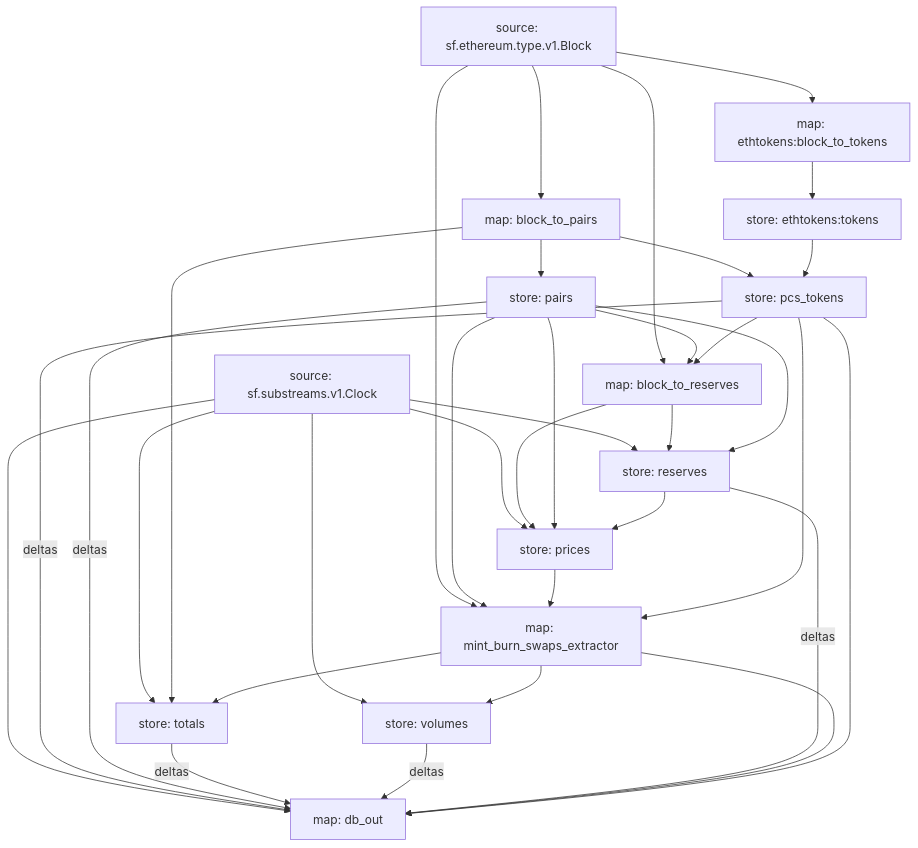
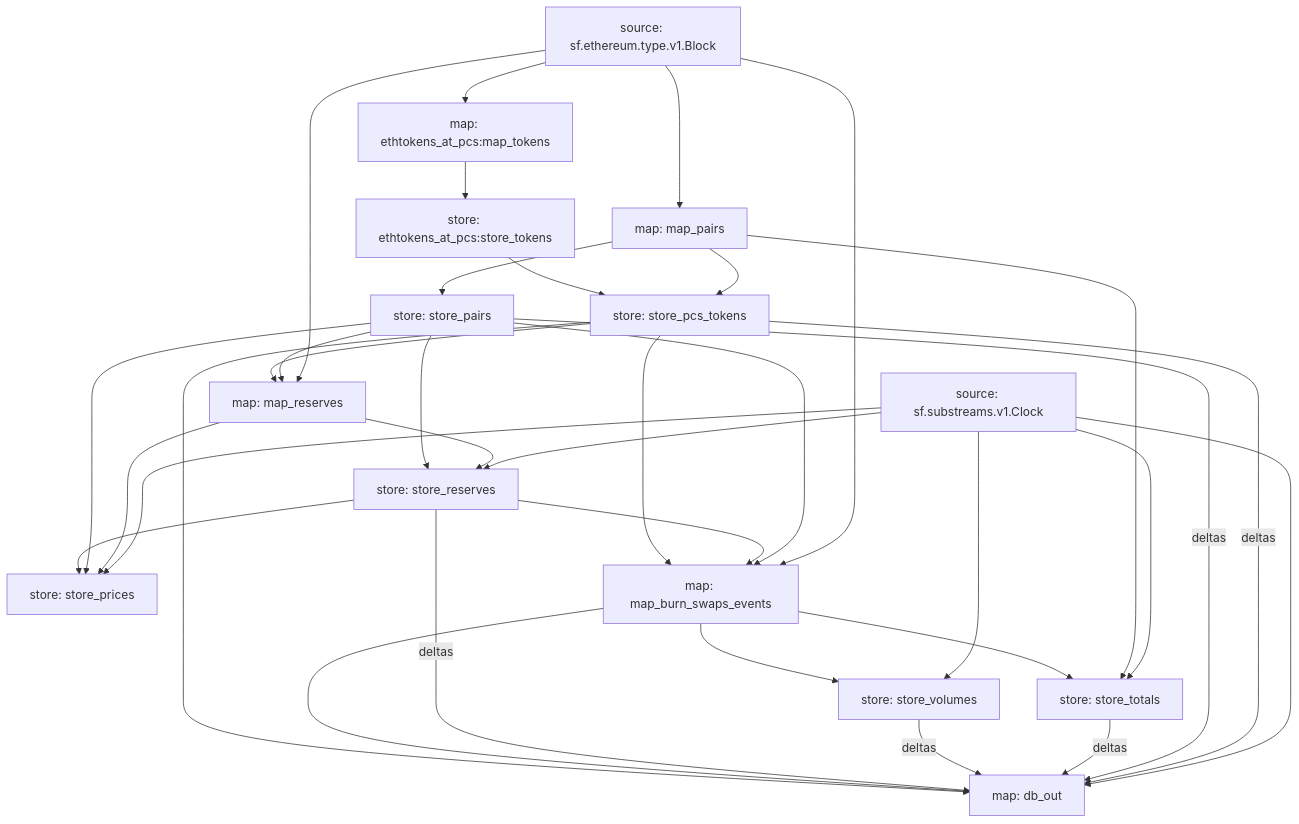
Before and after one commit to streamingfast/substreams-playground: the diagram in modules/pancakeswap/README.md, drawn with Mermaid. The commit also changed other lines of this file, not shown here.

Commit message:
fix pancake swap readme

````diff
--- a/modules/pancakeswap/README.md
+++ b/modules/pancakeswap/README.md
@@ -31,49 +31,49 @@
 ```mermaid
 
 graph TD;
-  block_to_pairs[map: block_to_pairs]
-  sf.ethereum.type.v1.Block[source: sf.ethereum.type.v1.Block] --> block_to_pairs
-  pairs[store: pairs]
-  block_to_pairs --> pairs
-  pcs_tokens[store: pcs_tokens]
-  block_to_pairs --> pcs_tokens
-  ethtokens:tokens --> pcs_tokens
-  block_to_reserves[map: block_to_reserves]
-  sf.ethereum.type.v1.Block[source: sf.ethereum.type.v1.Block] --> block_to_reserves
-  pairs --> block_to_reserves
-  pcs_tokens --> block_to_reserves
-  reserves[store: reserves]
-  sf.substreams.v1.Clock[source: sf.substreams.v1.Clock] --> reserves
-  block_to_reserves --> reserves
-  pairs --> reserves
-  prices[store: prices]
-  sf.substreams.v1.Clock[source: sf.substreams.v1.Clock] --> prices
-  block_to_reserves --> prices
-  pairs --> prices
-  reserves --> prices
-  mint_burn_swaps_extractor[map: mint_burn_swaps_extractor]
-  sf.ethereum.type.v1.Block[source: sf.ethereum.type.v1.Block] --> mint_burn_swaps_extractor
-  pairs --> mint_burn_swaps_extractor
-  prices --> mint_burn_swaps_extractor
-  pcs_tokens --> mint_burn_swaps_extractor
-  totals[store: totals]
-  sf.substreams.v1.Clock[source: sf.substreams.v1.Clock] --> totals
-  block_to_pairs --> totals
-  mint_burn_swaps_extractor --> totals
-  volumes[store: volumes]
-  sf.substreams.v1.Clock[source: sf.substreams.v1.Clock] --> volumes
-  mint_burn_swaps_extractor --> volumes
+  map_pairs[map: map_pairs]
+  sf.ethereum.type.v1.Block[source: sf.ethereum.type.v1.Block] --> map_pairs
+  store_pcs_tokens[store: store_pcs_tokens]
+  map_pairs --> store_pcs_tokens
+  ethtokens_at_pcs:store_tokens --> store_pcs_tokens
+  store_pairs[store: store_pairs]
+  map_pairs --> store_pairs
+  map_reserves[map: map_reserves]
+  sf.ethereum.type.v1.Block[source: sf.ethereum.type.v1.Block] --> map_reserves
+  store_pairs --> map_reserves
+  store_pcs_tokens --> map_reserves
+  store_reserves[store: store_reserves]
+  sf.substreams.v1.Clock[source: sf.substreams.v1.Clock] --> store_reserves
+  map_reserves --> store_reserves
+  store_pairs --> store_reserves
+  store_prices[store: store_prices]
+  sf.substreams.v1.Clock[source: sf.substreams.v1.Clock] --> store_prices
+  map_reserves --> store_prices
+  store_pairs --> store_prices
+  store_reserves --> store_prices
+  map_burn_swaps_events[map: map_burn_swaps_events]
+  sf.ethereum.type.v1.Block[source: sf.ethereum.type.v1.Block] --> map_burn_swaps_events
+  store_pairs --> map_burn_swaps_events
+  store_reserves --> map_burn_swaps_events
+  store_pcs_tokens --> map_burn_swaps_events
+  store_totals[store: store_totals]
+  sf.substreams.v1.Clock[source: sf.substreams.v1.Clock] --> store_totals
+  map_pairs --> store_totals
+  map_burn_swaps_events --> store_totals
+  store_volumes[store: store_volumes]
+  sf.substreams.v1.Clock[source: sf.substreams.v1.Clock] --> store_volumes
+  map_burn_swaps_events --> store_volumes
   db_out[map: db_out]
   sf.substreams.v1.Clock[source: sf.substreams.v1.Clock] --> db_out
-  pcs_tokens -- deltas --> db_out
-  pairs -- deltas --> db_out
-  totals -- deltas --> db_out
-  volumes -- deltas --> db_out
-  reserves -- deltas --> db_out
-  mint_burn_swaps_extractor --> db_out
-  pcs_tokens --> db_out
-  ethtokens:block_to_tokens[map: ethtokens:block_to_tokens]
-  sf.ethereum.type.v1.Block[source: sf.ethereum.type.v1.Block] --> ethtokens:block_to_tokens
-  ethtokens:tokens[store: ethtokens:tokens]
-  ethtokens:block_to_tokens --> ethtokens:tokens
-  ```
+  store_pcs_tokens -- deltas --> db_out
+  store_pairs -- deltas --> db_out
+  store_totals -- deltas --> db_out
+  store_volumes -- deltas --> db_out
+  store_reserves -- deltas --> db_out
+  map_burn_swaps_events --> db_out
+  store_pcs_tokens --> db_out
+  ethtokens_at_pcs:map_tokens[map: ethtokens_at_pcs:map_tokens]
+  sf.ethereum.type.v1.Block[source: sf.ethereum.type.v1.Block] --> ethtokens_at_pcs:map_tokens
+  ethtokens_at_pcs:store_tokens[store: ethtokens_at_pcs:store_tokens]
+  ethtokens_at_pcs:map_tokens --> ethtokens_at_pcs:store_tokens
+```
````
